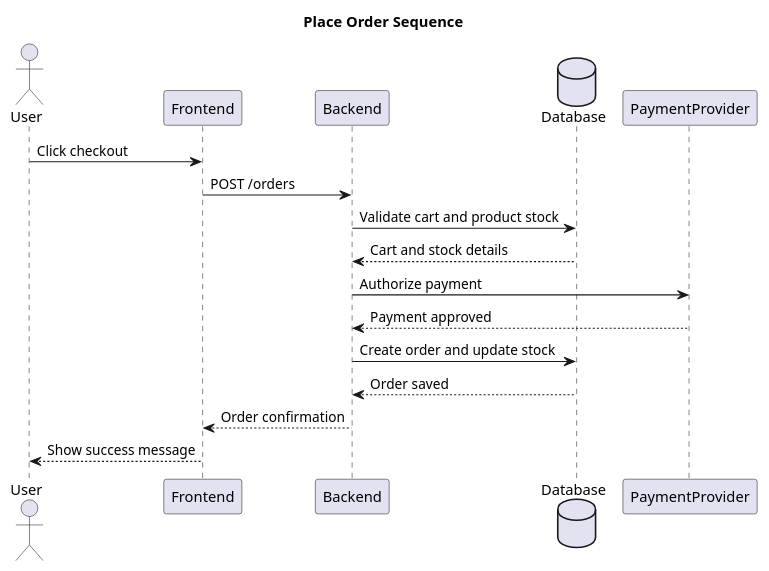
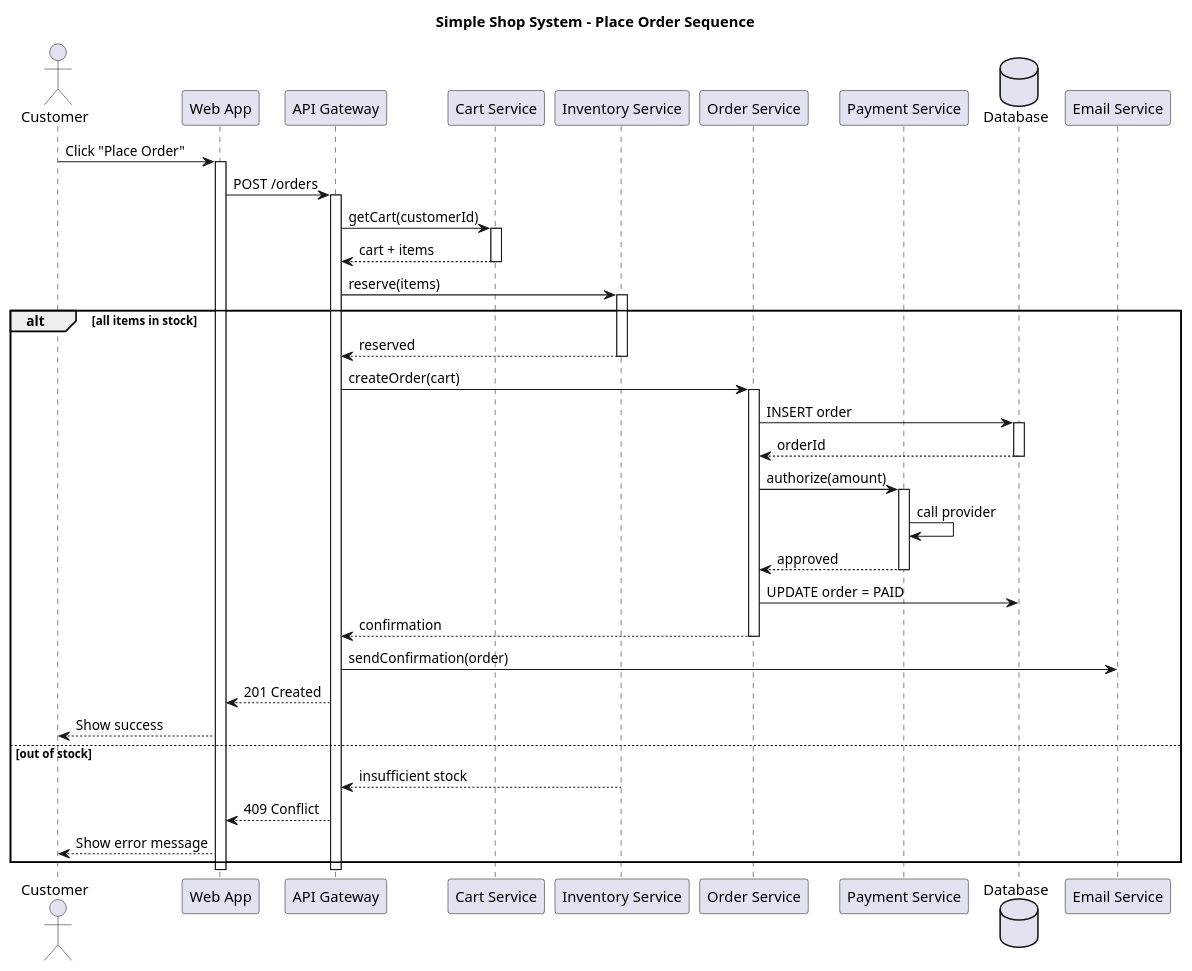
The diagram in diagrams/plantuml/sequence-diagram.puml (HelloMyNameNikoloz/phytoStudio), drawn with PlantUML before and after one commit. The commit also changed 40 other files, not shown here.

```diff
--- a/diagrams/plantuml/sequence-diagram.puml
+++ b/diagrams/plantuml/sequence-diagram.puml
@@ -1,21 +1,51 @@
 @startuml
-title Place Order Sequence
+title Simple Shop System - Place Order Sequence
 
-actor User
-participant Frontend
-participant Backend
-database Database
-participant PaymentProvider
+actor Customer
+participant "Web App" as Web
+participant "API Gateway" as API
+participant "Cart Service" as Cart
+participant "Inventory Service" as Inv
+participant "Order Service" as Order
+participant "Payment Service" as Pay
+database "Database" as DB
+participant "Email Service" as Mail
 
-User -> Frontend: Click checkout
-Frontend -> Backend: POST /orders
-Backend -> Database: Validate cart and product stock
-Database --> Backend: Cart and stock details
-Backend -> PaymentProvider: Authorize payment
-PaymentProvider --> Backend: Payment approved
-Backend -> Database: Create order and update stock
-Database --> Backend: Order saved
-Backend --> Frontend: Order confirmation
-Frontend --> User: Show success message
-
+Customer -> Web : Click "Place Order"
+activate Web
+Web -> API : POST /orders
+activate API
+API -> Cart : getCart(customerId)
+activate Cart
+Cart --> API : cart + items
+deactivate Cart
+API -> Inv : reserve(items)
+activate Inv
+alt all items in stock
+  Inv --> API : reserved
+  deactivate Inv
+  API -> Order : createOrder(cart)
+  activate Order
+  Order -> DB : INSERT order
+  activate DB
+  DB --> Order : orderId
+  deactivate DB
+  Order -> Pay : authorize(amount)
+  activate Pay
+  Pay -> Pay : call provider
+  Pay --> Order : approved
+  deactivate Pay
+  Order -> DB : UPDATE order = PAID
+  Order --> API : confirmation
+  deactivate Order
+  API -> Mail : sendConfirmation(order)
+  API --> Web : 201 Created
+  Web --> Customer : Show success
+else out of stock
+  Inv --> API : insufficient stock
+  API --> Web : 409 Conflict
+  Web --> Customer : Show error message
+end
+deactivate API
+deactivate Web
 @enduml
```
